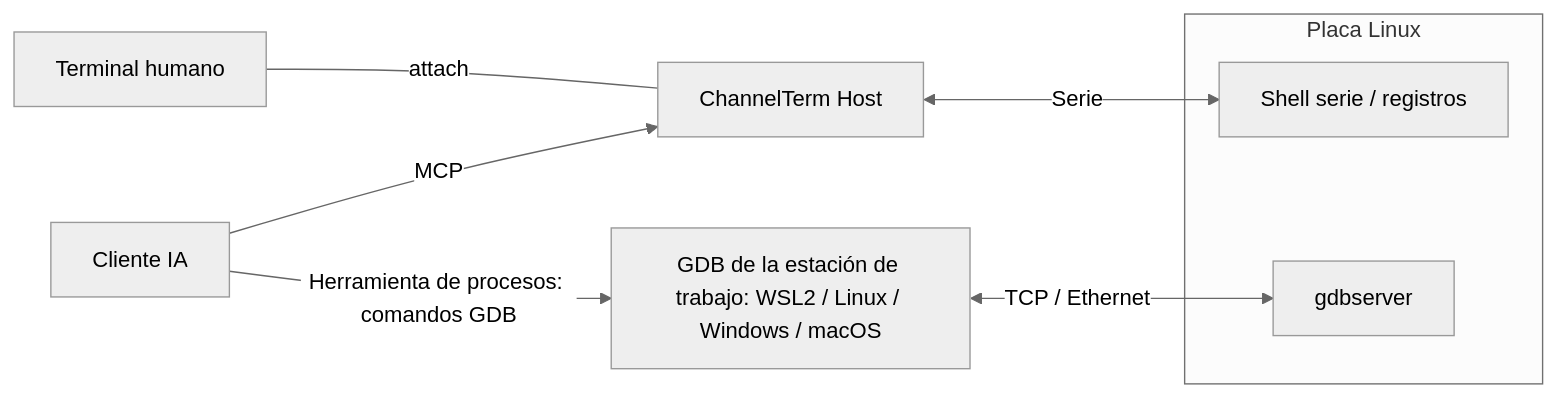
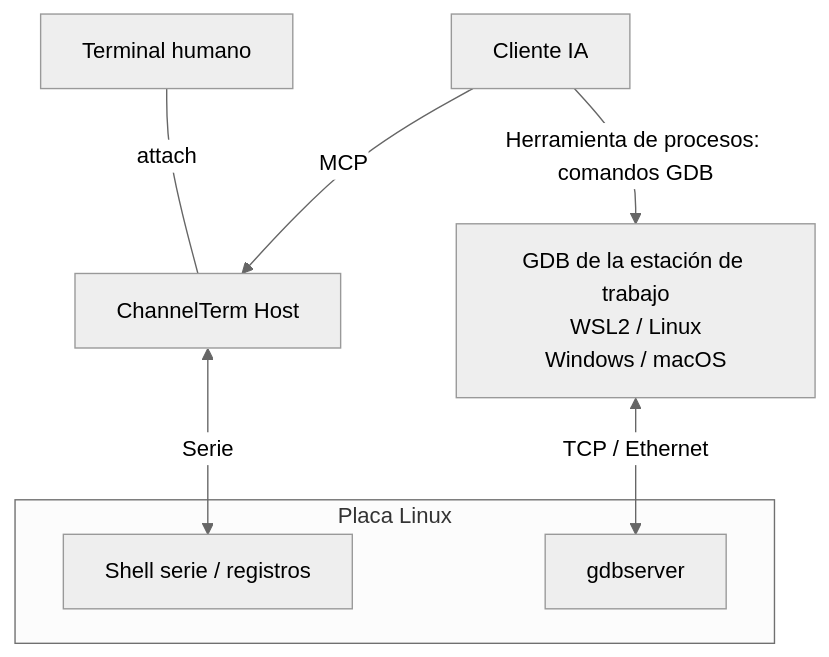
One commit to akira-init1/ChannelTerm changed the third of 3 diagrams in README.es.md. Above: the diagram before and after it, drawn with Mermaid (neutral theme). The commit also changed other lines of this file and 13 other files, not shown here.

First line of the commit message:
docs(diagrams): clarify shared terminal and debugger data flows

````diff
--- a/README.es.md
+++ b/README.es.md
@@ -302,16 +306,16 @@
 ```mermaid
-flowchart LR
+flowchart TB
     AI["Cliente IA"]
     Human["Terminal humano"]
     Host["ChannelTerm Host"]
-    GDB["GDB de la estación de trabajo: WSL2 / Linux / Windows / macOS"]
+    GDB["GDB de la estación de trabajo<br/>WSL2 / Linux<br/>Windows / macOS"]
     subgraph Board["Placa Linux"]
         Console["Shell serie / registros"]
         Server["gdbserver"]
     end
     Human ---|"attach"| Host
     AI -->|"MCP"| Host
     AI -->|"Herramienta de procesos: comandos GDB"| GDB
     Host <-->|"Serie"| Console
     GDB <-->|"TCP / Ethernet"| Server
 ```
````
